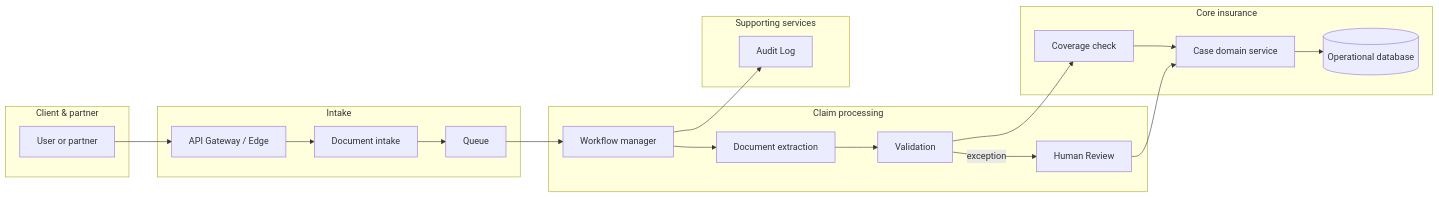
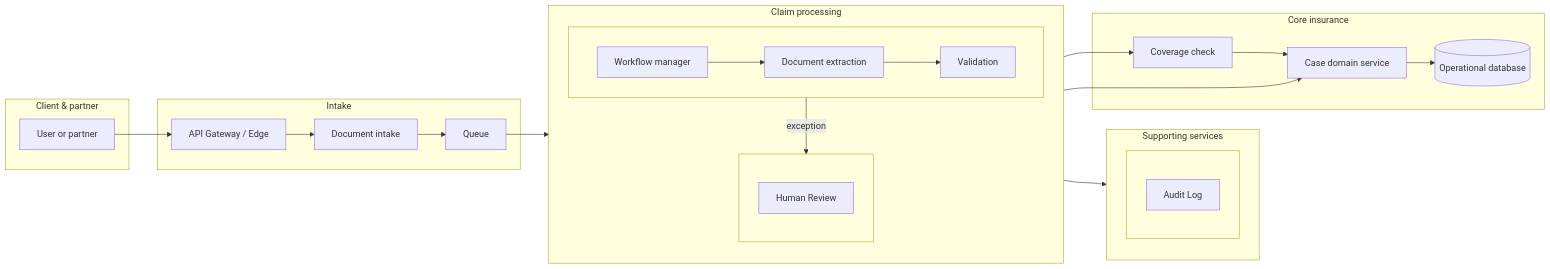
Before and after one commit to somebodywastoldme/high-level-design-skill: the first of 8 diagrams in hld-ml-designer/skills/ml-system-hld/references/examples-enterprise.md, drawn with Mermaid. The commit also changed 1 other file, not shown here.

Commit message:
fix: stabilize Mermaid exception layout

````diff
--- a/hld-ml-designer/skills/ml-system-hld/references/examples-enterprise.md
+++ b/hld-ml-designer/skills/ml-system-hld/references/examples-enterprise.md
@@ -21,29 +21,41 @@
 ```mermaid
 flowchart LR
   subgraph client["Client & partner"]
     submitter["User or partner"]
   end
   subgraph intake["Intake"]
     edge["API Gateway / Edge"]
     document["Document intake"]
     queue["Queue"]
   end
   subgraph claims["Claim processing"]
-    workflow["Workflow manager"]
-    extract["Document extraction"]
-    validate["Validation"]
-    review["Human Review"]
+    direction TB
+    subgraph happyPath[" "]
+      direction LR
+      workflow["Workflow manager"]
+      extract["Document extraction"]
+      validate["Validation"]
+    end
+    subgraph exceptionPath[" "]
+      direction TB
+      review["Human Review"]
+    end
   end
   subgraph support["Supporting services"]
-    audit["Audit Log"]
+    direction TB
+    subgraph supportLayout[" "]
+      direction TB
+      audit["Audit Log"]
+    end
   end
   subgraph insurance["Core insurance"]
     coverage["Coverage check"]
     caseService["Case domain service"]
     cases[("Operational database")]
   end
 
   submitter --> edge --> document --> queue --> workflow --> extract --> validate --> coverage --> caseService --> cases
   workflow --> audit
   validate -->|"exception"| review --> caseService
+  review ~~~ audit
 ```
````
